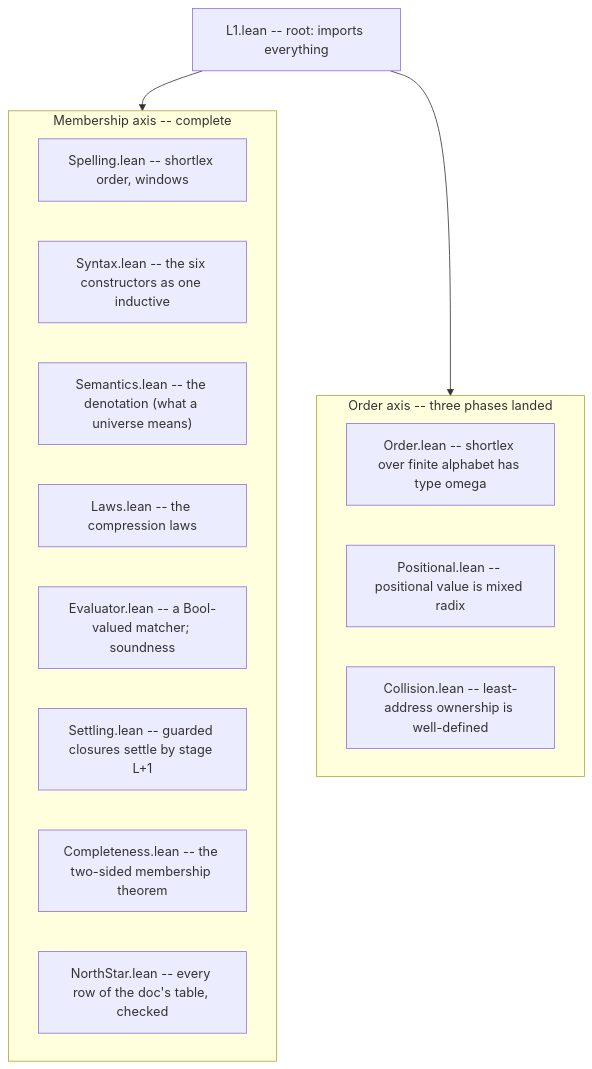
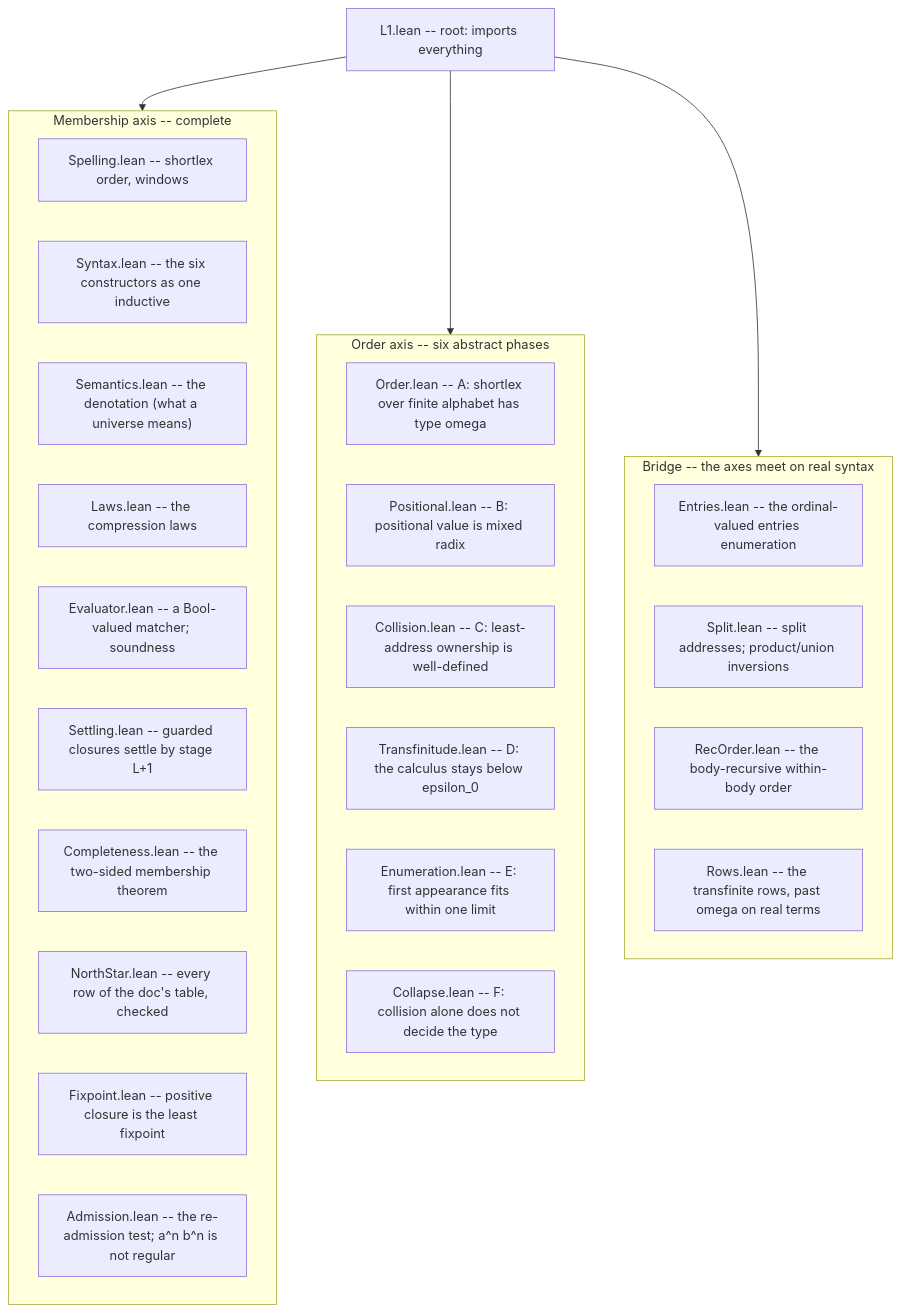
One commit to BinaryBand/hejmark changed the diagram in docs/learn/05-reading-the-mechanization.md. Above: the diagram before and after it, drawn with Mermaid. The commit also changed other lines of this file and 3 other files, not shown here.

````diff
--- a/docs/learn/05-reading-the-mechanization.md
+++ b/docs/learn/05-reading-the-mechanization.md
@@ -36,21 +36,33 @@
 ```mermaid
 graph TD
     Root["L1.lean -- root: imports everything"]
     subgraph Membership["Membership axis -- complete"]
         Sp["Spelling.lean -- shortlex order, windows"]
         Sy["Syntax.lean -- the six constructors as one inductive"]
         Se["Semantics.lean -- the denotation (what a universe means)"]
         La["Laws.lean -- the compression laws"]
         Ev["Evaluator.lean -- a Bool-valued matcher; soundness"]
         St["Settling.lean -- guarded closures settle by stage L+1"]
         Co["Completeness.lean -- the two-sided membership theorem"]
         Ns["NorthStar.lean -- every row of the doc's table, checked"]
+        Fx["Fixpoint.lean -- positive closure is the least fixpoint"]
+        Ad["Admission.lean -- the re-admission test; a^n b^n is not regular"]
     end
-    subgraph Order["Order axis -- three phases landed"]
-        Or["Order.lean -- shortlex over finite alphabet has type omega"]
-        Po["Positional.lean -- positional value is mixed radix"]
-        Cl["Collision.lean -- least-address ownership is well-defined"]
+    subgraph Order["Order axis -- six abstract phases"]
+        Or["Order.lean -- A: shortlex over finite alphabet has type omega"]
+        Po["Positional.lean -- B: positional value is mixed radix"]
+        Cl["Collision.lean -- C: least-address ownership is well-defined"]
+        Tr["Transfinitude.lean -- D: the calculus stays below epsilon_0"]
+        En["Enumeration.lean -- E: first appearance fits within one limit"]
+        Cp["Collapse.lean -- F: collision alone does not decide the type"]
+    end
+    subgraph Bridge["Bridge -- the axes meet on real syntax"]
+        Be["Entries.lean -- the ordinal-valued entries enumeration"]
+        Bs["Split.lean -- split addresses; product/union inversions"]
+        Br["RecOrder.lean -- the body-recursive within-body order"]
+        Bw["Rows.lean -- the transfinite rows, past omega on real terms"]
     end
     Root --> Membership
     Root --> Order
+    Root --> Bridge
 ```
````
